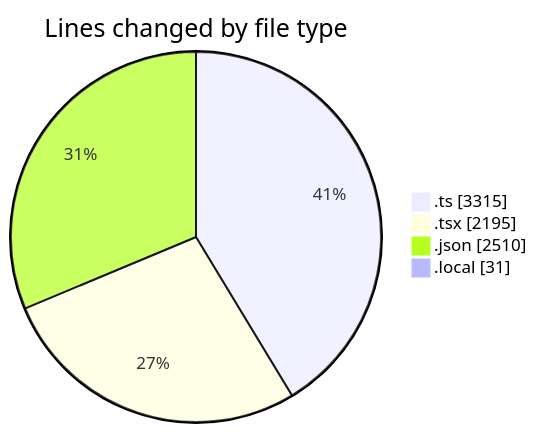
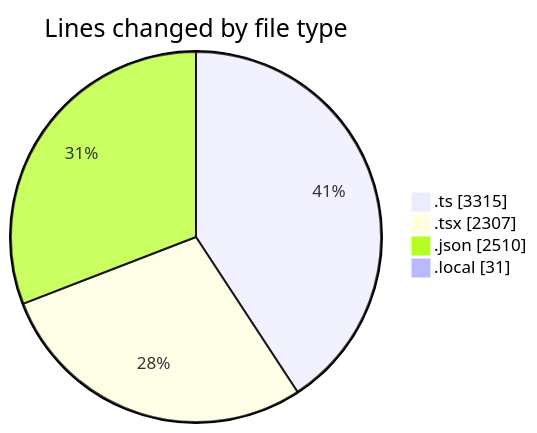
One commit to julien-gomy/code-tracking changed the first of 2 diagrams in 2025-11-10/eventscop-frontend-guide__workspace_/README.md. Above: the diagram before and after it, drawn with Mermaid. The commit also changed other lines of this file and 1 other file, not shown here.

````diff
--- a/2025-11-10/eventscop-frontend-guide__workspace_/README.md
+++ b/2025-11-10/eventscop-frontend-guide__workspace_/README.md
@@ -59,8 +59,8 @@
 ```mermaid
 pie showData
 title Lines changed by file type
 ".ts" : 3315
-".tsx" : 2195
+".tsx" : 2307
 ".json" : 2510
 ".local" : 31
 ```
````
